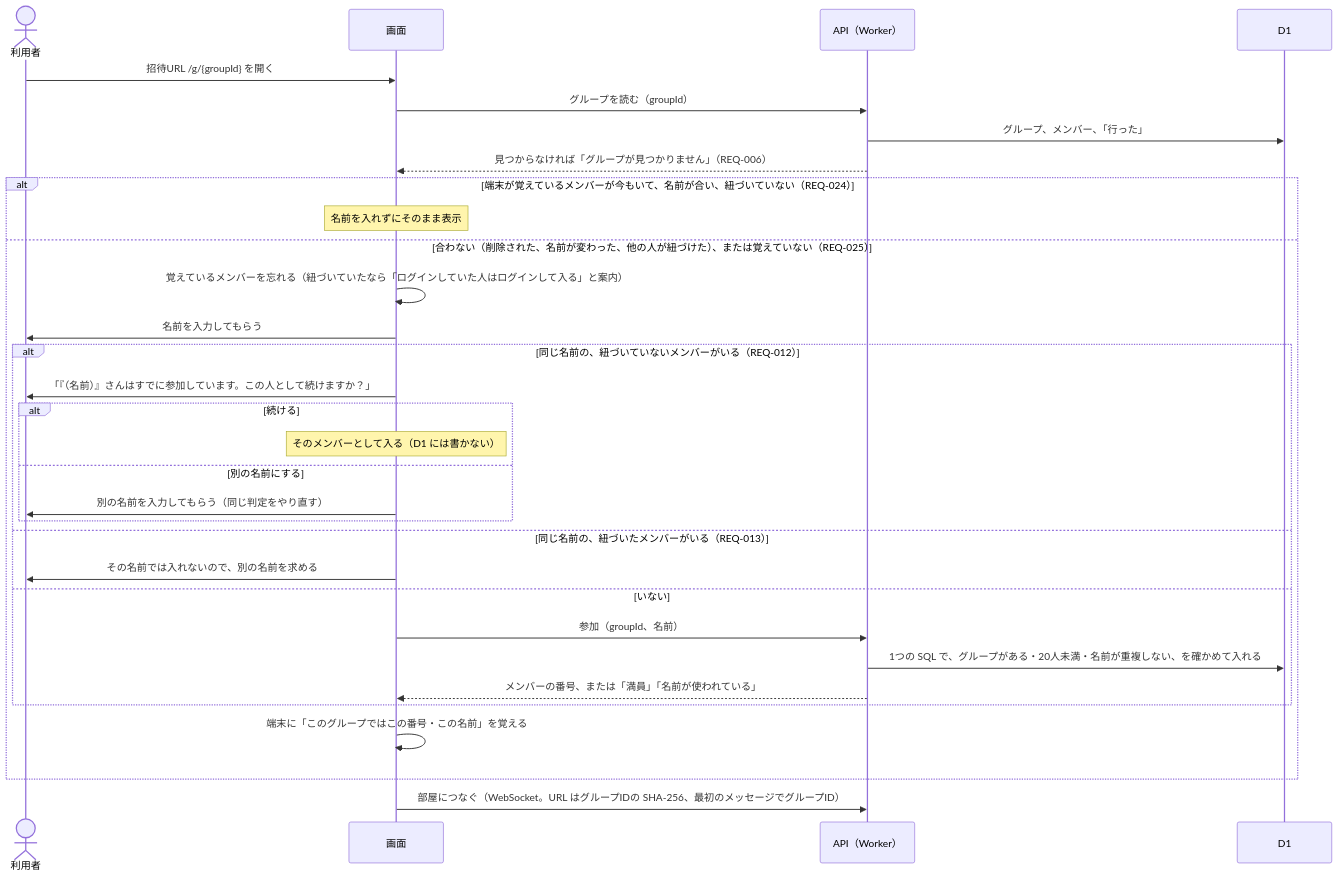
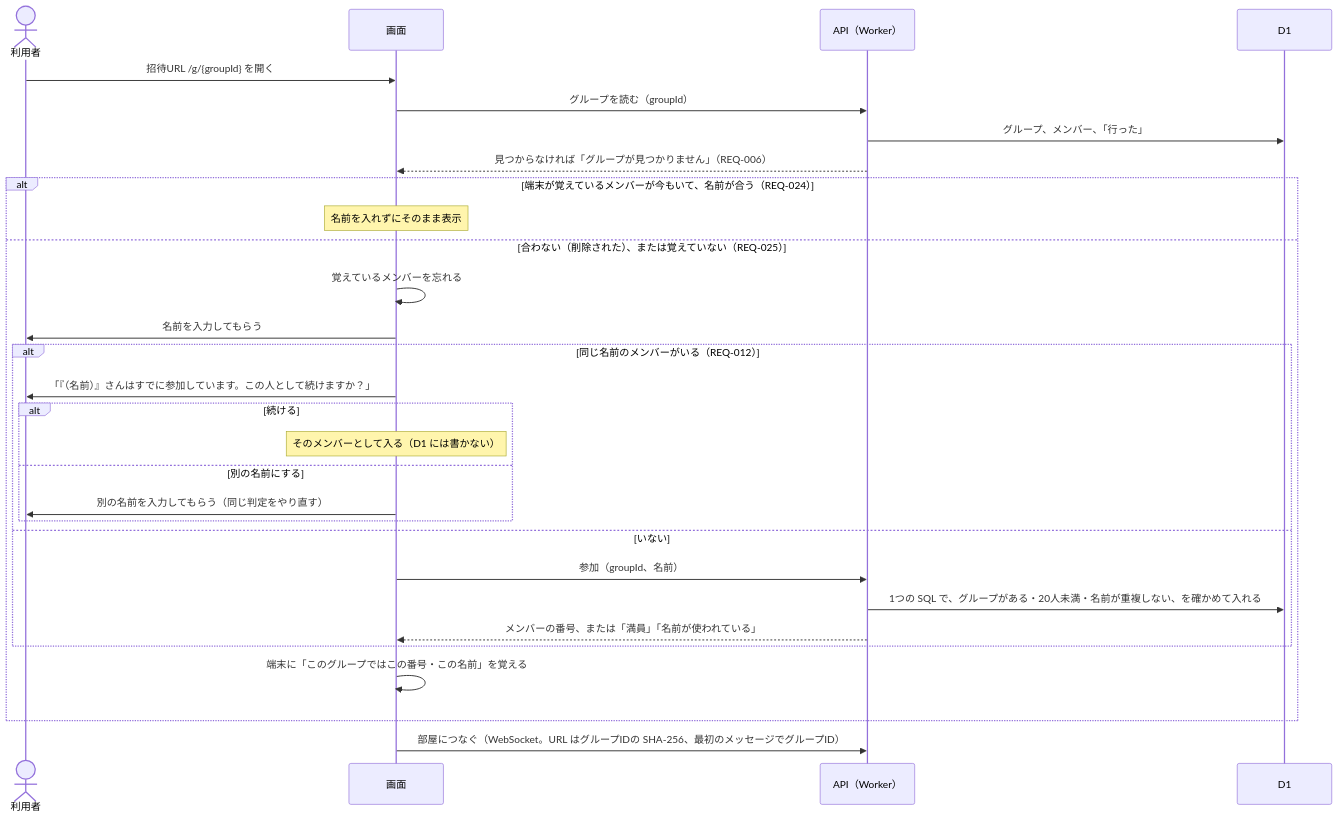
One commit to yuppy52/tabikaigi-map changed the diagram in docs/design/auth-flow.md. Above: the diagram before and after it, drawn with Mermaid. The commit also changed other lines of this file and 23 other files, not shown here.

````diff
--- a/docs/design/auth-flow.md
+++ b/docs/design/auth-flow.md
@@ -41,34 +36,32 @@
 ```mermaid
 sequenceDiagram
   actor U as 利用者
   participant App as 画面
   participant API as API（Worker）
   participant DB as D1
 
   U->>App: 招待URL /g/{groupId} を開く
   App->>API: グループを読む（groupId）
   API->>DB: グループ、メンバー、「行った」
   API-->>App: 見つからなければ「グループが見つかりません」（REQ-006）
-  alt 端末が覚えているメンバーが今もいて、名前が合い、紐づいていない（REQ-024）
+  alt 端末が覚えているメンバーが今もいて、名前が合う（REQ-024）
     Note over App: 名前を入れずにそのまま表示
-  else 合わない（削除された、名前が変わった、他の人が紐づけた）、または覚えていない（REQ-025）
-    App->>App: 覚えているメンバーを忘れる（紐づいていたなら「ログインしていた人はログインして入る」と案内）
+  else 合わない（削除された）、または覚えていない（REQ-025）
+    App->>App: 覚えているメンバーを忘れる
     App->>U: 名前を入力してもらう
-    alt 同じ名前の、紐づいていないメンバーがいる（REQ-012）
+    alt 同じ名前のメンバーがいる（REQ-012）
       App->>U: 「『（名前）』さんはすでに参加しています。この人として続けますか？」
       alt 続ける
         Note over App: そのメンバーとして入る（D1 には書かない）
       else 別の名前にする
         App->>U: 別の名前を入力してもらう（同じ判定をやり直す）
       end
-    else 同じ名前の、紐づいたメンバーがいる（REQ-013）
-      App->>U: その名前では入れないので、別の名前を求める
     else いない
       App->>API: 参加（groupId、名前）
       API->>DB: 1つの SQL で、グループがある・20人未満・名前が重複しない、を確かめて入れる
       API-->>App: メンバーの番号、または「満員」「名前が使われている」
     end
     App->>App: 端末に「このグループではこの番号・この名前」を覚える
   end
   App->>API: 部屋につなぐ（WebSocket。URL はグループIDの SHA-256、最初のメッセージでグループID）
 ```
````
